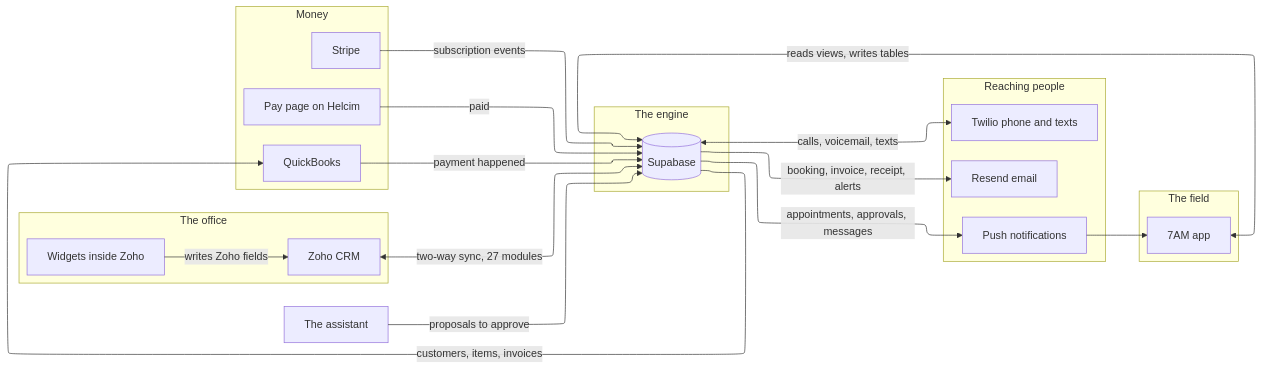
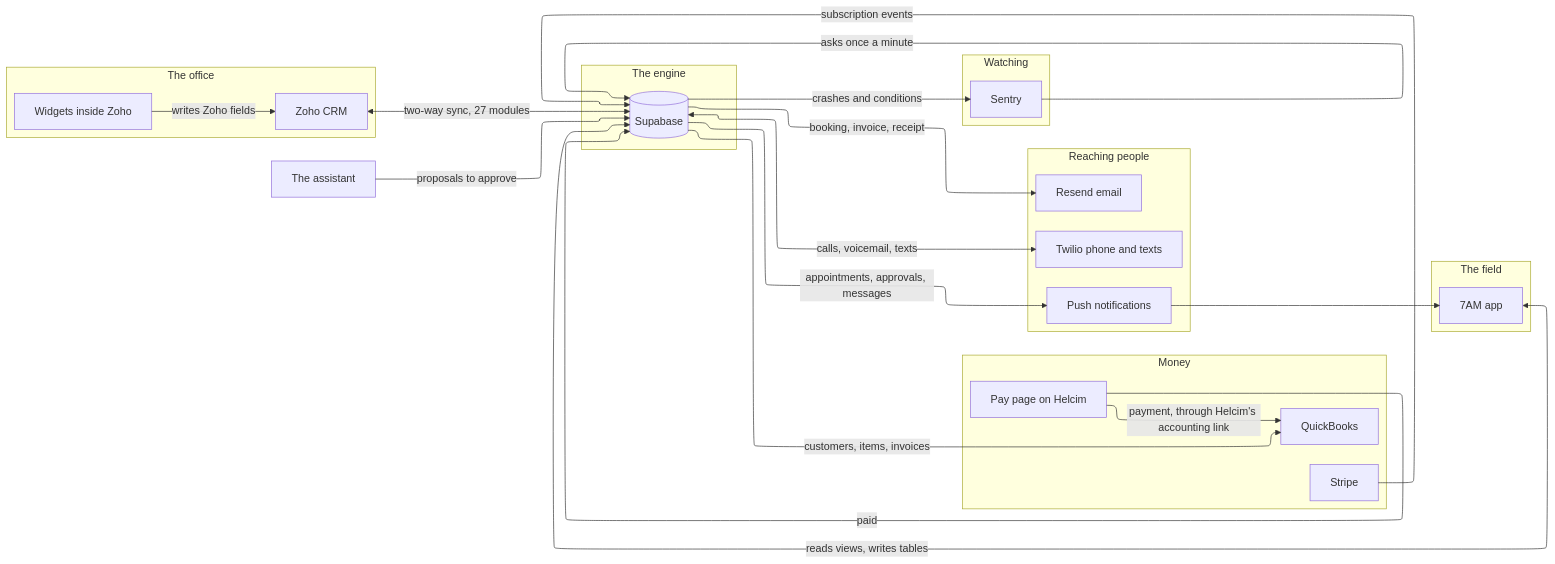
The diagram in systems/how-it-all-fits-together.mdx (comforthub/comforthub-docs), drawn with Mermaid before and after one commit. The commit also changed other lines of this file and 14 other files, not shown here.

````diff
--- a/systems/how-it-all-fits-together.mdx
+++ b/systems/how-it-all-fits-together.mdx
@@ -9,37 +9,42 @@
 ```mermaid
 %%{init: {'flowchart': {'defaultRenderer': 'elk'}}}%%
 flowchart LR
   subgraph office [The office]
     Z[Zoho CRM]
     WG[Widgets inside Zoho]
   end
   subgraph engine [The engine]
     S[(Supabase)]
   end
   subgraph field [The field]
     APP[7AM app]
   end
   subgraph money [Money]
     QB[QuickBooks]
     PAY[Pay page on Helcim]
     ST[Stripe]
   end
   subgraph reach [Reaching people]
     TW[Twilio phone and texts]
     RS[Resend email]
     PUSH[Push notifications]
   end
+  subgraph watch [Watching]
+    SEN[Sentry]
+  end
   AS[The assistant]
 
   Z <-->|two-way sync, 27 modules| S
   WG -->|writes Zoho fields| Z
   APP <-->|reads views, writes tables| S
   S -->|customers, items, invoices| QB
-  QB -->|payment happened| S
   PAY -->|paid| S
+  PAY -->|payment, through Helcim's accounting link| QB
   ST -->|subscription events| S
   S <-->|calls, voicemail, texts| TW
-  S -->|booking, invoice, receipt, alerts| RS
+  S -->|booking, invoice, receipt| RS
   S -->|appointments, approvals, messages| PUSH --> APP
   AS -->|proposals to approve| S
+  S -->|crashes and conditions| SEN
+  SEN -->|asks once a minute| S
 ```
````
